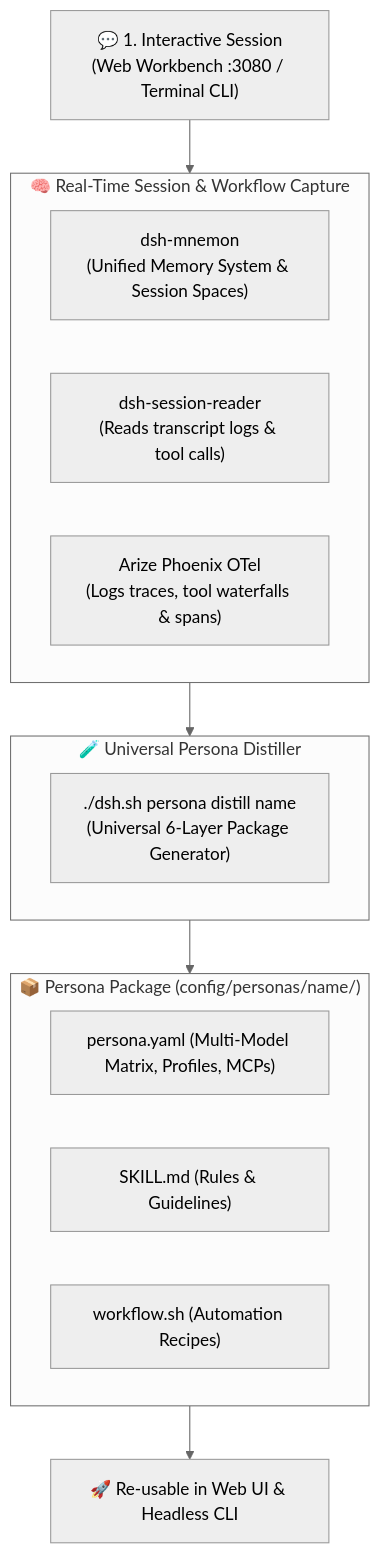
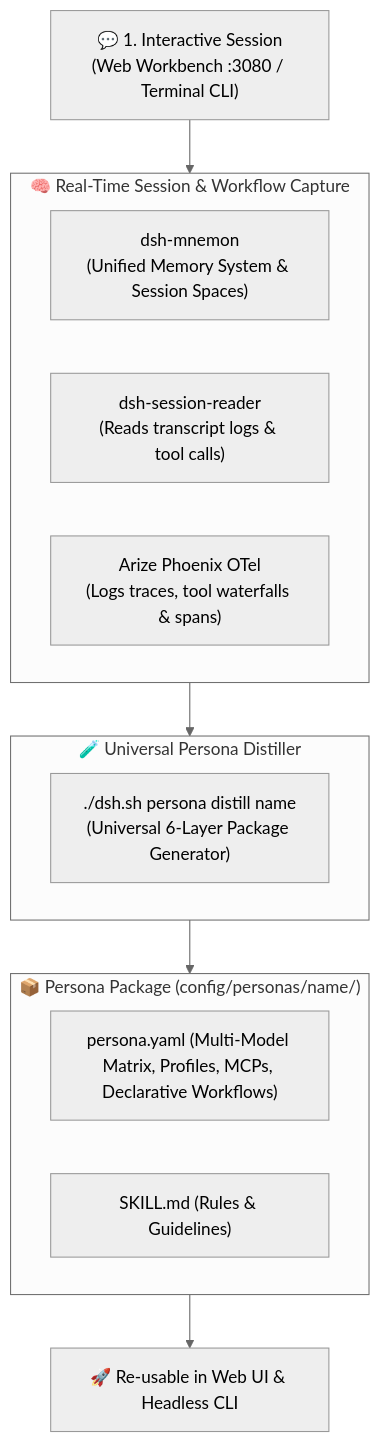
Before and after one commit to hdjebar/DSH-DDS: the fourth of 5 diagrams in docs/personas.md, drawn with Mermaid (neutral theme). The commit also changed other lines of this file and 27 other files, not shown here.

Commit message:
feat(security): eradicate workflow.sh, enforce 100% declarative workflow pipelines, and add security invariant test suites

````diff
--- a/docs/personas.md
+++ b/docs/personas.md
@@ -364,25 +363,24 @@
 ```mermaid
 flowchart TD
     SESSION["💬 1. Interactive Session<br/>(Web Workbench :3080 / Terminal CLI)"]
     
     subgraph Recording_Pipeline ["🧠 Real-Time Session & Workflow Capture"]
         MEM["dsh-mnemon<br/>(Unified Memory System & Session Spaces)"]
         SREAD["dsh-session-reader<br/>(Reads transcript logs & tool calls)"]
         OTEL["Arize Phoenix OTel<br/>(Logs traces, tool waterfalls & spans)"]
     end
 
     subgraph Distiller_CLI ["🧪 Universal Persona Distiller"]
         CLI["./dsh.sh persona distill name<br/>(Universal 6-Layer Package Generator)"]
     end
 
     subgraph Persona_Package ["📦 Persona Package (config/personas/name/)"]
-        YAML["persona.yaml (Multi-Model Matrix, Profiles, MCPs)"]
+        YAML["persona.yaml (Multi-Model Matrix, Profiles, MCPs, Declarative Workflows)"]
         SKILL["SKILL.md (Rules & Guidelines)"]
-        WF["workflow.sh (Automation Recipes)"]
     end
 
     SESSION --> Recording_Pipeline
     Recording_Pipeline --> Distiller_CLI
     Distiller_CLI --> Persona_Package
     Persona_Package --> RUN["🚀 Re-usable in Web UI & Headless CLI"]
 ```
````
